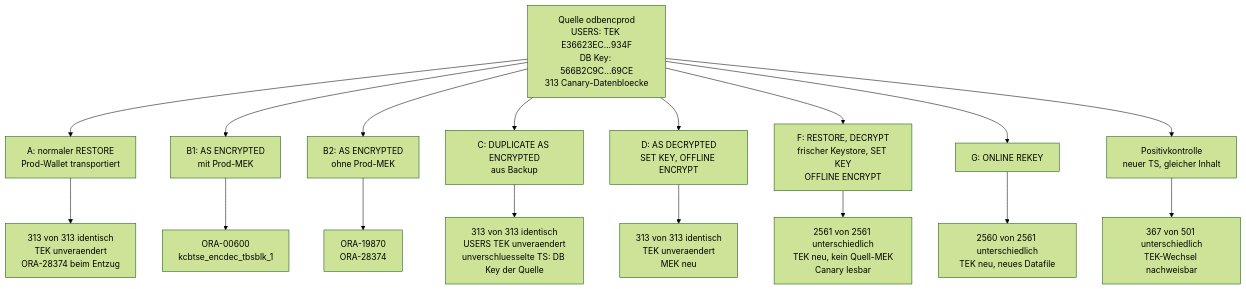
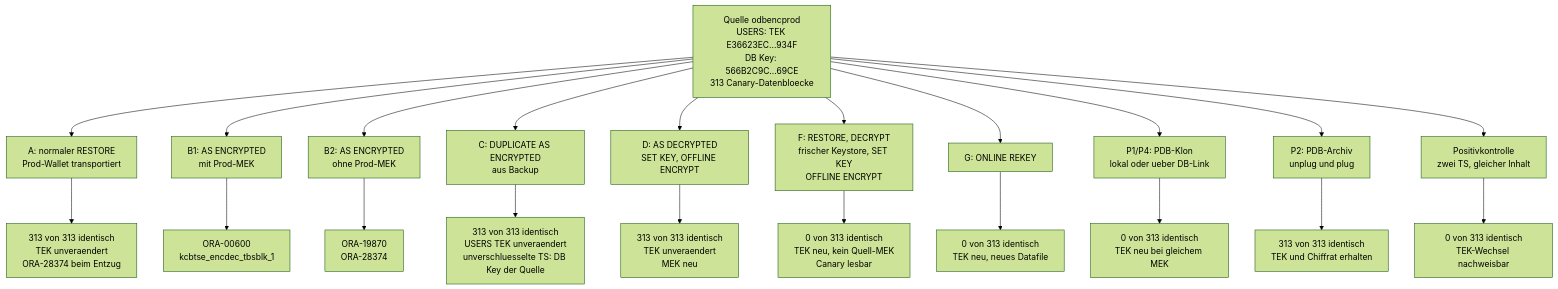
Before and after one commit to oehrlis/oracle-free-labs: the seventh of 8 diagrams in doc/tde-key-architecture.md, drawn with Mermaid (forest theme). The commit also changed other lines of this file, not shown here.

First line of the commit message:
docs(architecture): D versus F is the measurement behind the third key level

````diff
--- a/doc/tde-key-architecture.md
+++ b/doc/tde-key-architecture.md
@@ -302,22 +326,26 @@
 ```mermaid
 flowchart TB
     SRC["Quelle odbencprod<br/>USERS: TEK E36623EC...934F<br/>DB Key: 566B2C9C...69CE<br/>313 Canary-Datenbloecke"]
 
     SRC --> A["A: normaler RESTORE<br/>Prod-Wallet transportiert"]
     SRC --> B1["B1: AS ENCRYPTED<br/>mit Prod-MEK"]
     SRC --> B2["B2: AS ENCRYPTED<br/>ohne Prod-MEK"]
     SRC --> C["C: DUPLICATE AS ENCRYPTED<br/>aus Backup"]
     SRC --> D["D: AS DECRYPTED<br/>SET KEY, OFFLINE ENCRYPT"]
     SRC --> F["F: RESTORE, DECRYPT<br/>frischer Keystore, SET KEY<br/>OFFLINE ENCRYPT"]
     SRC --> G["G: ONLINE REKEY"]
-    SRC --> PK["Positivkontrolle<br/>neuer TS, gleicher Inhalt"]
+    SRC --> P1["P1/P4: PDB-Klon<br/>lokal oder ueber DB-Link"]
+    SRC --> P2["P2: PDB-Archiv<br/>unplug und plug"]
+    SRC --> PK["Positivkontrolle<br/>zwei TS, gleicher Inhalt"]
 
     A --> AR["313 von 313 identisch<br/>TEK unveraendert<br/>ORA-28374 beim Entzug"]
     B1 --> B1R["ORA-00600<br/>kcbtse_encdec_tbsblk_1"]
     B2 --> B2R["ORA-19870<br/>ORA-28374"]
     C --> CR["313 von 313 identisch<br/>USERS TEK unveraendert<br/>unverschluesselte TS: DB Key der Quelle"]
     D --> DR["313 von 313 identisch<br/>TEK unveraendert<br/>MEK neu"]
-    F --> FR["2561 von 2561 unterschiedlich<br/>TEK neu, kein Quell-MEK<br/>Canary lesbar"]
-    G --> GR["2560 von 2561 unterschiedlich<br/>TEK neu, neues Datafile"]
-    PK --> PKR["367 von 501 unterschiedlich<br/>TEK-Wechsel nachweisbar"]
+    F --> FR["0 von 313 identisch<br/>TEK neu, kein Quell-MEK<br/>Canary lesbar"]
+    G --> GR["0 von 313 identisch<br/>TEK neu, neues Datafile"]
+    P1 --> P1R["0 von 313 identisch<br/>TEK neu bei gleichem MEK"]
+    P2 --> P2R["313 von 313 identisch<br/>TEK und Chiffrat erhalten"]
+    PK --> PKR["0 von 313 identisch<br/>TEK-Wechsel nachweisbar"]
 ```
````
